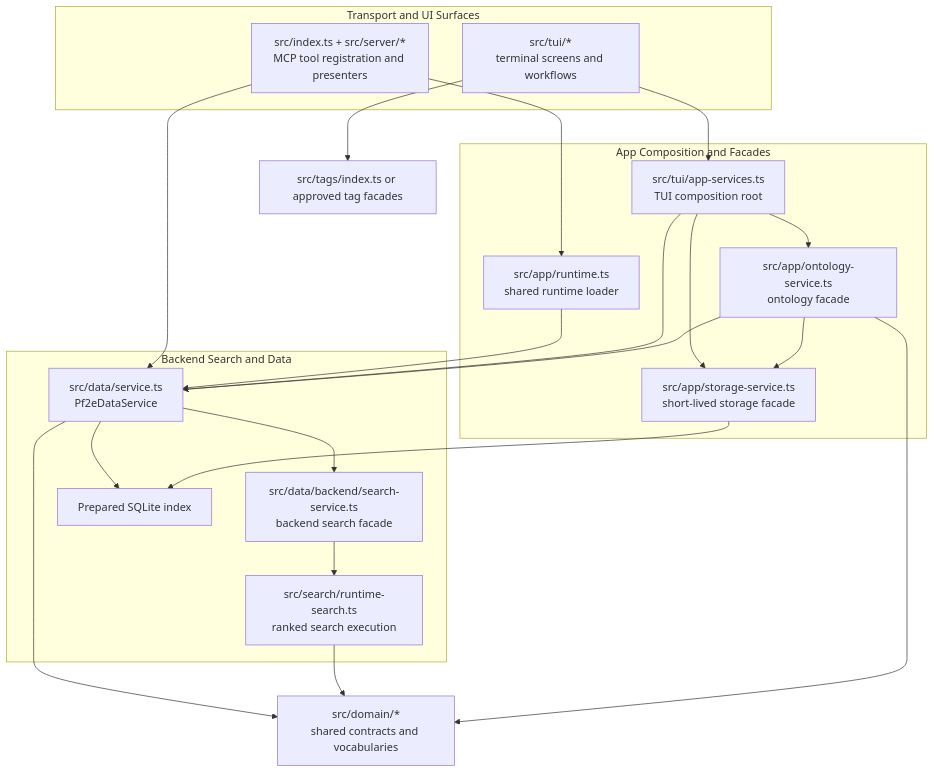
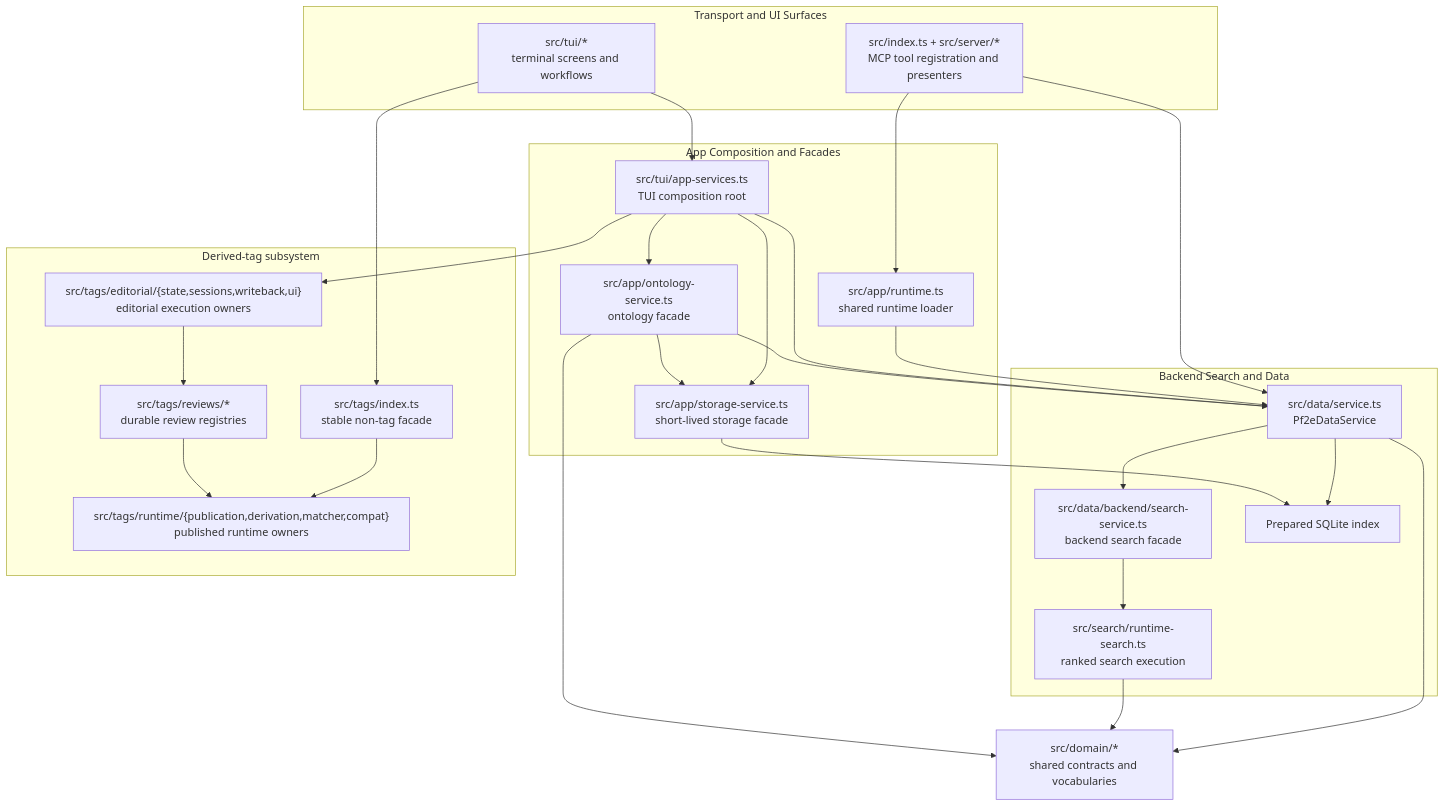
Before and after one commit to e-kosten/pf2e-atlas: the diagram in docs/architecture/boundaries.md, drawn with Mermaid. The commit also changed other lines of this file and 5 other files, not shown here.

First line of the commit message:
docs(architecture): document final tag ownership splits

````diff
--- a/docs/architecture/boundaries.md
+++ b/docs/architecture/boundaries.md
@@ -11,47 +11,56 @@
 ```mermaid
 flowchart TD
   subgraph Surfaces["Transport and UI Surfaces"]
     MCP["src/index.ts + src/server/*<br/>MCP tool registration and presenters"]
     TUI["src/tui/*<br/>terminal screens and workflows"]
   end
 
   subgraph App["App Composition and Facades"]
     Runtime["src/app/runtime.ts<br/>shared runtime loader"]
     AppServices["src/tui/app-services.ts<br/>TUI composition root"]
     Ontology["src/app/ontology-service.ts<br/>ontology facade"]
     Storage["src/app/storage-service.ts<br/>short-lived storage facade"]
   end
 
   subgraph Backend["Backend Search and Data"]
     Data["src/data/service.ts<br/>Pf2eDataService"]
     SearchBackend["src/data/backend/search-service.ts<br/>backend search facade"]
     RuntimeSearch["src/search/runtime-search.ts<br/>ranked search execution"]
     Sqlite["Prepared SQLite index"]
   end
 
   Domain["src/domain/*<br/>shared contracts and vocabularies"]
-  Tags["src/tags/index.ts or approved tag facades"]
+  subgraph Tags["Derived-tag subsystem"]
+    TagsFacade["src/tags/index.ts<br/>stable non-tag facade"]
+    TagsReviews["src/tags/reviews/*<br/>durable review registries"]
+    TagsRuntime["src/tags/runtime/{publication,derivation,matcher,compat}<br/>published runtime owners"]
+    TagsEditorial["src/tags/editorial/{state,sessions,writeback,ui}<br/>editorial execution owners"]
+  end
 
   MCP --> Runtime
   Runtime --> Data
   MCP --> Data
 
   TUI --> AppServices
   AppServices --> Data
   AppServices --> Storage
   AppServices --> Ontology
+  AppServices --> TagsEditorial
 
   Ontology --> Data
   Ontology --> Storage
 
   Data --> SearchBackend
   SearchBackend --> RuntimeSearch
   Data --> Sqlite
   Storage --> Sqlite
 
   Data --> Domain
   RuntimeSearch --> Domain
   Ontology --> Domain
 
-  TUI --> Tags
+  TUI --> TagsFacade
+  TagsFacade --> TagsRuntime
+  TagsReviews --> TagsRuntime
+  TagsEditorial --> TagsReviews
 ```
````
